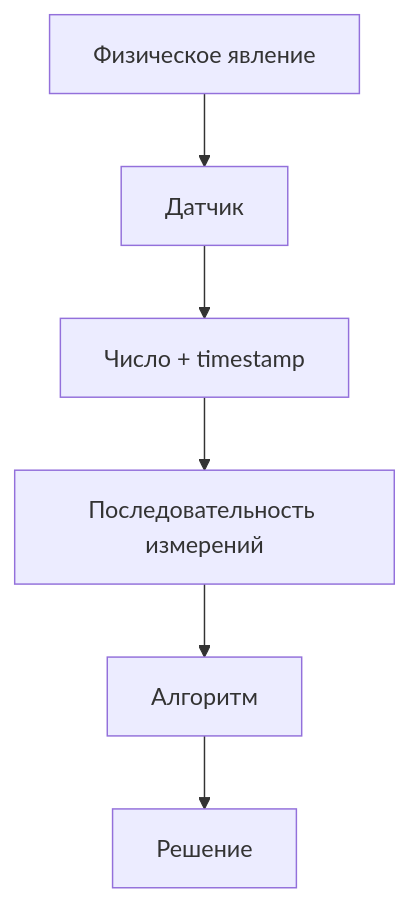
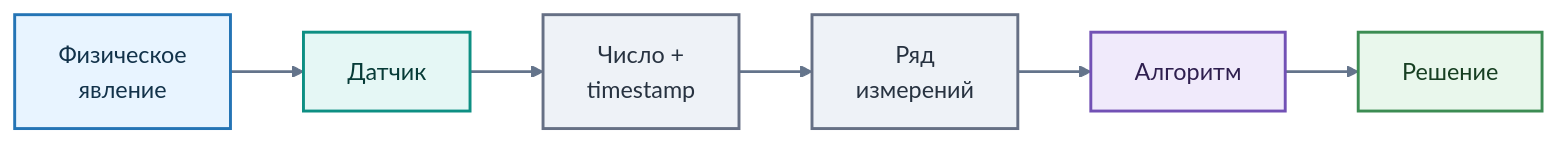
One commit to BosenkoTM/Big-data-processing-methods changed diagram 13 of 13 in 2026/lectures/lecture_03_robotics_iot_big_data.md. Above: the diagram before and after it, drawn with Mermaid. The commit also changed other lines of this file, not shown here.

````diff
--- a/2026/lectures/lecture_03_robotics_iot_big_data.md
+++ b/2026/lectures/lecture_03_robotics_iot_big_data.md
@@ -859,8 +1009,22 @@
 ```mermaid
-flowchart TD
-    P["Физическое явление"] --> S["Датчик"]
-    S --> V["Число + timestamp"]
-    V --> Q["Последовательность измерений"]
+flowchart LR
+    P["Физическое<br/>явление"] --> S["Датчик"]
+    S --> V["Число +<br/>timestamp"]
+    V --> Q["Ряд<br/>измерений"]
     Q --> A["Алгоритм"]
     A --> D["Решение"]
+
+    classDef physical fill:#E8F4FF,stroke:#2474B5,color:#12324A,stroke-width:2px
+    classDef sensor fill:#E5F7F5,stroke:#0E8F83,color:#073B37,stroke-width:2px
+    classDef data fill:#EEF2F7,stroke:#667085,color:#273240,stroke-width:2px
+    classDef process fill:#F0EAFB,stroke:#7251B5,color:#2F1F4F,stroke-width:2px
+    classDef result fill:#E9F7EC,stroke:#3C8C53,color:#173F22,stroke-width:2px
+
+    class P physical
+    class S sensor
+    class V,Q data
+    class A process
+    class D result
+
+    linkStyle default stroke:#64748B,stroke-width:2px
 ```
````
